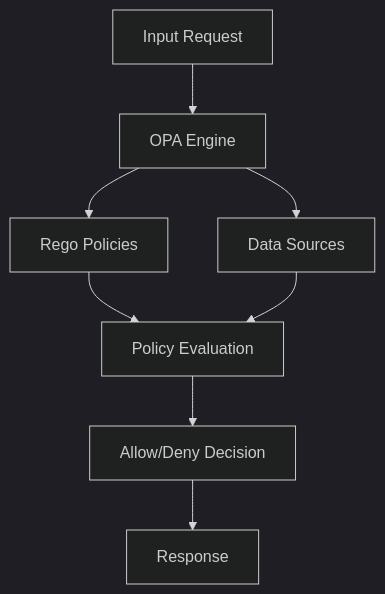
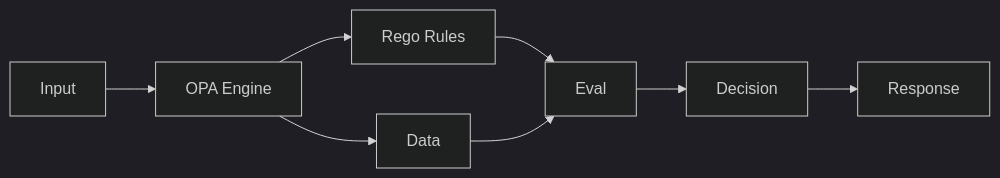
Before and after one commit to emsilva/mannustack-blog: the first of 3 diagrams in content/posts/opa-performance-investigation.md, drawn with Mermaid (dark theme). The commit also changed other lines of this file and 2 other files, not shown here.

First line of the commit message:
🎨 improve: fix chart alignment and standardize diagram consistency

````diff
--- a/content/posts/opa-performance-investigation.md
+++ b/content/posts/opa-performance-investigation.md
@@ -48,10 +48,10 @@
 ```mermaid
-graph TD
-    A[Input Request] --> B[OPA Engine]
-    B --> C[Rego Policies]
-    B --> D[Data Sources]
-    C --> E[Policy Evaluation]
+graph LR
+    A[Input] --> B[OPA Engine]
+    B --> C[Rego Rules]
+    B --> D[Data]
+    C --> E[Eval]
     D --> E
-    E --> F[Allow/Deny Decision]
+    E --> F[Decision]
     F --> G[Response]
 ```
````
